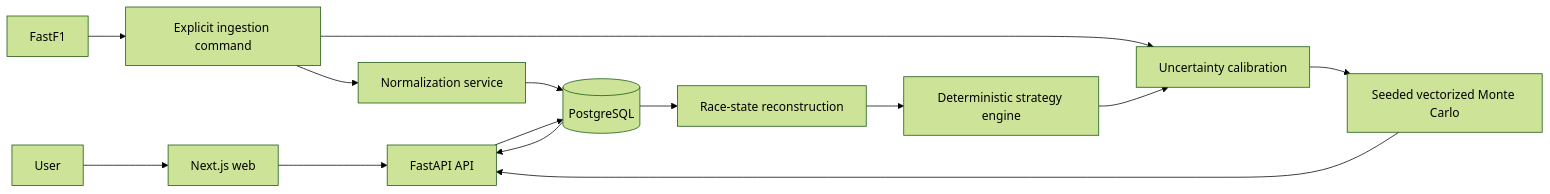
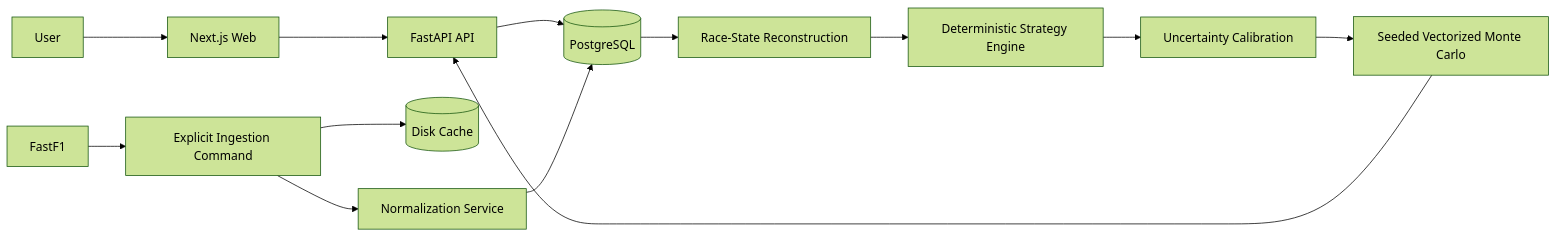
Before and after one commit to VanshT01/Apex-Strategist: the diagram in README.md, drawn with Mermaid (forest theme). The commit also changed other lines of this file, not shown here.

````diff
--- a/README.md
+++ b/README.md
@@ -40,16 +37,17 @@
 ```mermaid
 flowchart LR
-    U[User] --> W[Next.js web]
+    U[User] --> W[Next.js Web]
     W --> A[FastAPI API]
     A --> P[(PostgreSQL)]
-    F[FastF1] --> I[Explicit ingestion command]
-    I --> C[(Disk cache)]
-    I --> N[Normalization service]
+
+    F[FastF1] --> I[Explicit Ingestion Command]
+    I --> DC[(Disk Cache)]
+    I --> N[Normalization Service]
     N --> P
-    P --> A
-    P --> R[Race-state reconstruction]
-    R --> D[Deterministic strategy engine]
-    D --> C[Uncertainty calibration]
-    C --> M[Seeded vectorized Monte Carlo]
+
+    P --> R[Race-State Reconstruction]
+    R --> D[Deterministic Strategy Engine]
+    D --> UC[Uncertainty Calibration]
+    UC --> M[Seeded Vectorized Monte Carlo]
     M --> A
 ```
````
